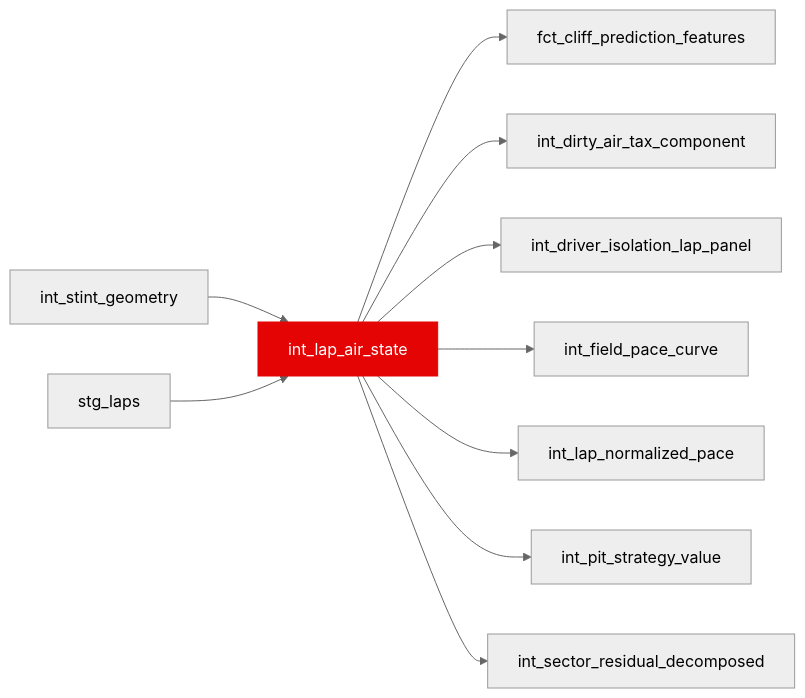
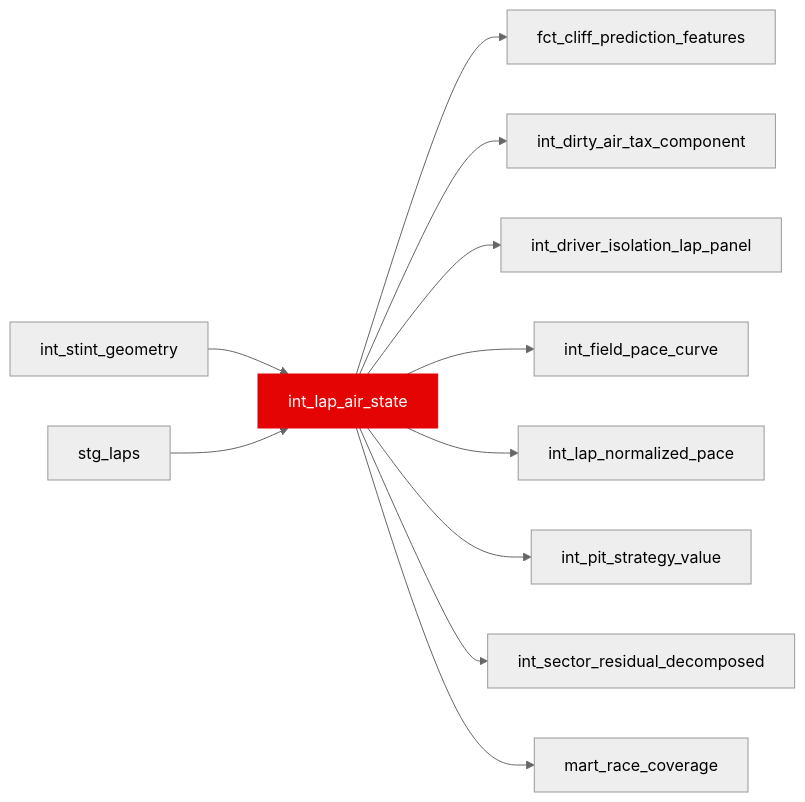
Before and after one commit to JustinClarke/off-the-pace: the diagram in docs/reference/models/int/int_lap_air_state.mdx, drawn with Mermaid (neutral theme). The commit also changed other lines of this file and 286 other files, not shown here.

````diff
--- a/docs/reference/models/int/int_lap_air_state.mdx
+++ b/docs/reference/models/int/int_lap_air_state.mdx
@@ -15,13 +15,14 @@
 ```mermaid
 flowchart LR
   int_stint_geometry --> int_lap_air_state
   stg_laps --> int_lap_air_state
   int_lap_air_state --> fct_cliff_prediction_features
   int_lap_air_state --> int_dirty_air_tax_component
   int_lap_air_state --> int_driver_isolation_lap_panel
   int_lap_air_state --> int_field_pace_curve
   int_lap_air_state --> int_lap_normalized_pace
   int_lap_air_state --> int_pit_strategy_value
   int_lap_air_state --> int_sector_residual_decomposed
+  int_lap_air_state --> mart_race_coverage
   style int_lap_air_state fill:#e40404,stroke:#e40404,color:#fff
 ```
````
